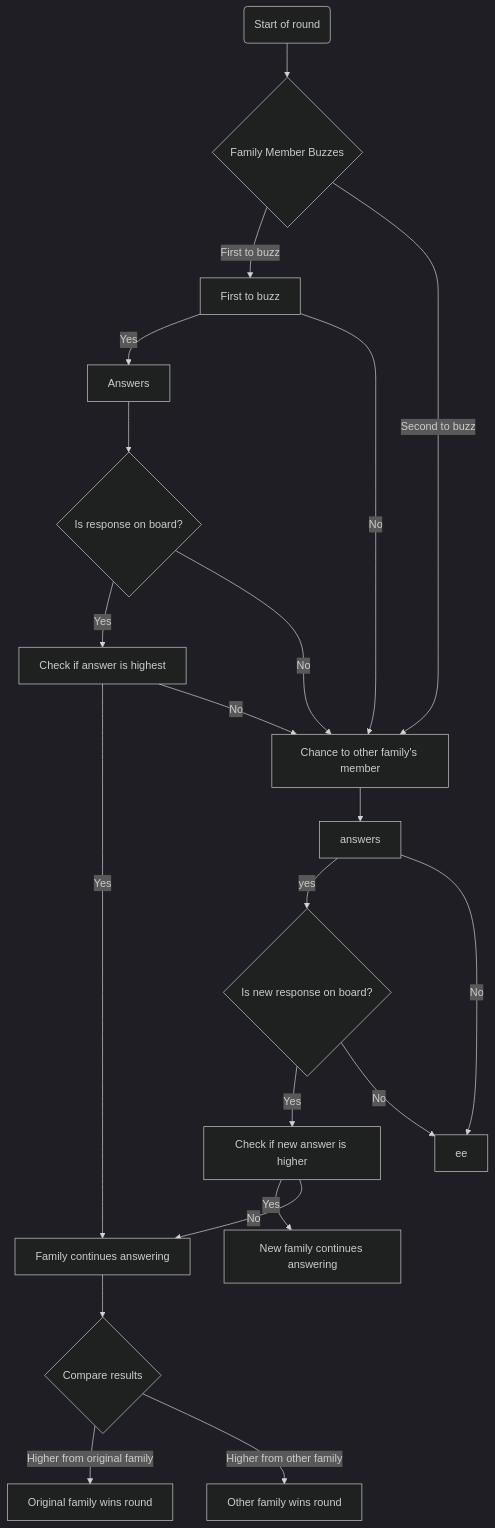
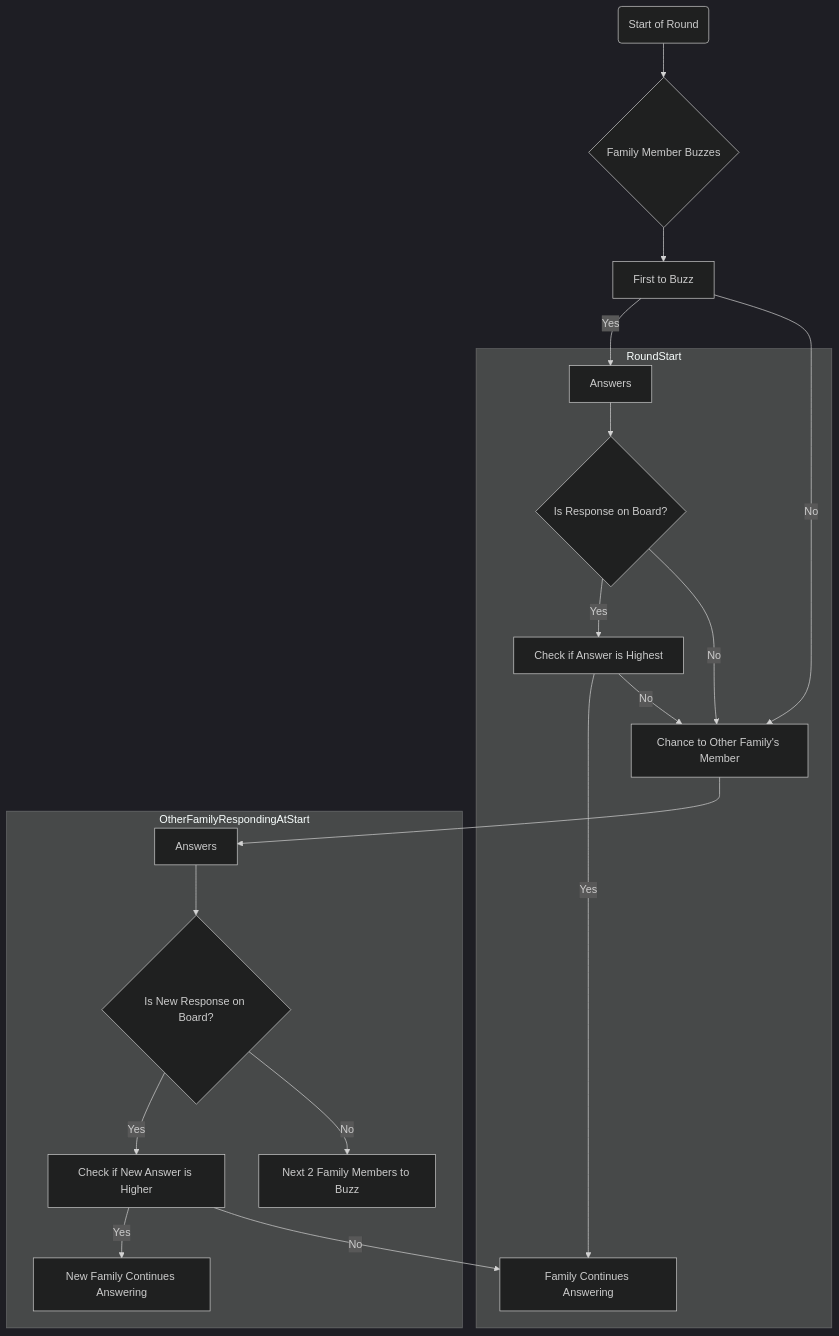
Before and after one commit to PlohnenSoftware/familiada_ZSP: the diagram in help/Familiada.mmd, drawn with Mermaid (dark theme). The commit also changed 4 other files, not shown here.

Commit message:
Fix typo in CSV file and update validation for round answers

```diff
--- a/help/Familiada.mmd
+++ b/help/Familiada.mmd
@@ -1,22 +1,22 @@
 flowchart TD
-    A(Start of round) --> C
-    C{Family Member Buzzes}
-    C -->|First to buzz| D[First to buzz]
-    D -->|Yes| B[Answers]
-    D -->|No| I
-    B --> E{Is response on board?}
-    E -->|Yes| F[Check if answer is highest]
-    F -->|Yes| G[Family continues answering]
-    F -->|No| I
-    E -->|No| I[Chance to other family's member]
-    I --> J[answers]
-    J -->|yes| L{Is new response on board?}
-    L -->|Yes| M[Check if new answer is higher]
-    M -->|Yes| N[New family continues answering]
-    M -->|No| G
-    L -->|No| ee
-    J -->|No| ee
-    C -->|Second to buzz| I
-    G --> O{Compare results}
-    O -->|Higher from original family| P[Original family wins round]
-    O -->|Higher from other family| Q[Other family wins round]
+    A(Start of Round) --> B{Family Member Buzzes}
+    B --> C[First to Buzz]
+    C -->|Yes| D[Answers]
+    C -->|No| OtherFamilyChance[Chance to Other Family's Member]
+
+    subgraph RoundStart
+        D --> CheckResponse{Is Response on Board?}
+        CheckResponse -->|Yes| CompareAnswer[Check if Answer is Highest]
+        CompareAnswer -->|Yes| FamilyContinues[Family Continues Answering]
+        CompareAnswer -->|No| OtherFamilyChance
+        CheckResponse -->|No| OtherFamilyChance
+    end
+
+    subgraph OtherFamilyRespondingAtStart
+        OtherFamilyChance --> OtherMemberAnswers[Answers]
+        OtherMemberAnswers --> CheckNewResponse{Is New Response on Board?}
+        CheckNewResponse -->|Yes| CompareNewAnswer[Check if New Answer is Higher]
+        CompareNewAnswer -->|Yes| NewFamilyContinues[New Family Continues Answering]
+        CompareNewAnswer -->|No| FamilyContinues
+        CheckNewResponse -->|No| NextBuzz[Next 2 Family Members to Buzz]
+    end
```
